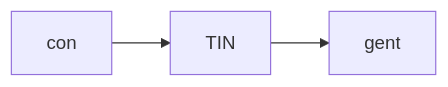
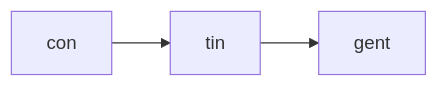
Before and after one commit to seki999/DialogueFlow: the first of 5 diagrams in slides_backup/托业单词/20260630/10.md, drawn with Mermaid. The commit also changed other lines of this file and 28 other files, not shown here.

````diff
--- a/slides_backup/托业单词/20260630/10.md
+++ b/slides_backup/托业单词/20260630/10.md
@@ -17,5 +19,5 @@
 ```mermaid
 flowchart LR
-    A[con] --> B[TIN]
+    A[con] --> B[tin]
     B --> C[gent]
 ```
````
